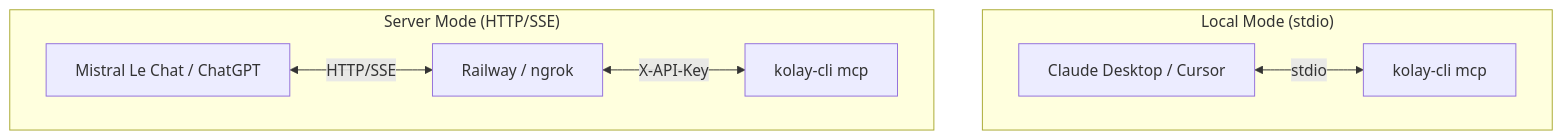
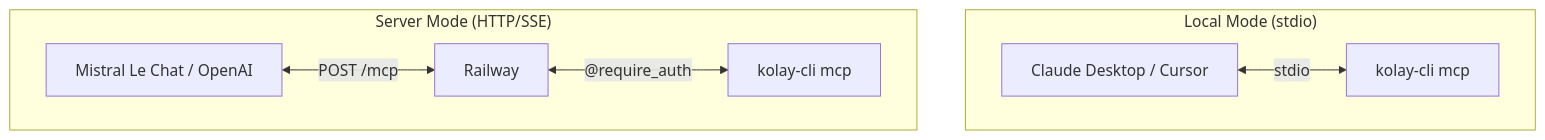
One commit to ezapmar/kolay-cli changed the second of 3 diagrams in README.md. Above: the diagram before and after it, drawn with Mermaid. The commit also changed other lines of this file and 2 other files, not shown here.

Commit message:
The instructions are clear now. Railway, Mistral, OpenAI — each finds its way. The README shows the path. 0.11.3-alpha.

````diff
--- a/README.md
+++ b/README.md
@@ -124,10 +124,10 @@
 ```mermaid
 graph TD
     subgraph "Local Mode (stdio)"
     A[Claude Desktop / Cursor] <-->|stdio| B[kolay-cli mcp]
     end
     subgraph "Server Mode (HTTP/SSE)"
-    C[Mistral Le Chat / ChatGPT] <-->|HTTP/SSE| D[Railway / ngrok]
-    D <-->|X-API-Key| E[kolay-cli mcp]
+    C[Mistral Le Chat / OpenAI] <-->|POST /mcp| D[Railway]
+    D <-->|"@require_auth"| E[kolay-cli mcp]
     end
 ```
````
